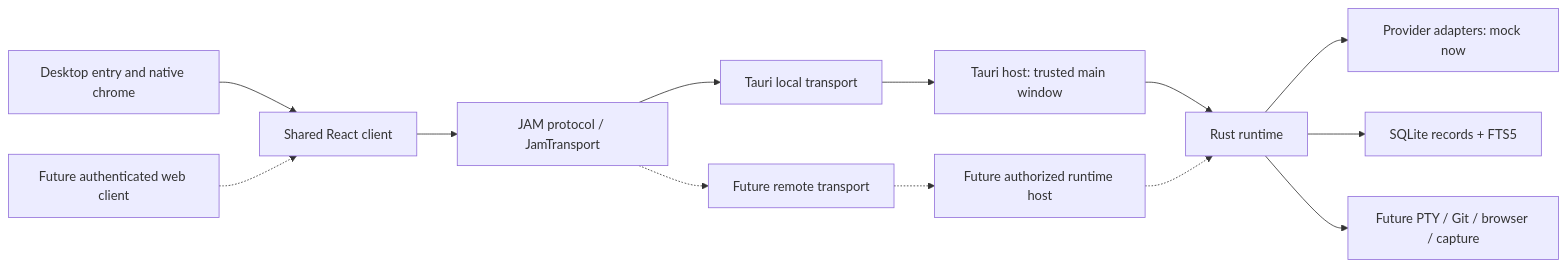
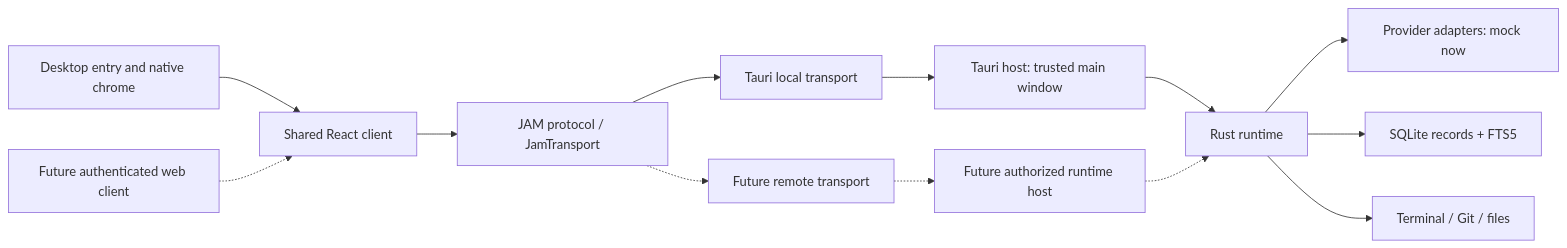
One commit to jayamartinez/jam-code changed the first of 2 diagrams in docs/ARCHITECTURE.md. Above: the diagram before and after it, drawn with Mermaid. The commit also changed other lines of this file and 36 other files, not shown here.

````diff
--- a/docs/ARCHITECTURE.md
+++ b/docs/ARCHITECTURE.md
@@ -7,15 +7,15 @@
 ```mermaid
 flowchart LR
   Desktop[Desktop entry and native chrome] --> UI[Shared React client]
   UI --> Contract[JAM protocol / JamTransport]
   Contract --> Local[Tauri local transport]
   Local --> Host[Tauri host: trusted main window]
   Host --> Core[Rust runtime]
   Core --> Providers[Provider adapters: mock now]
   Core --> Storage[SQLite records + FTS5]
-  Core --> Services[Future PTY / Git / browser / capture]
+  Core --> Services[Terminal / Git / files]
   Web[Future authenticated web client] -.-> UI
   Contract -.-> Remote[Future remote transport]
   Remote -.-> RemoteHost[Future authorized runtime host]
   RemoteHost -.-> Core
 ```
````
